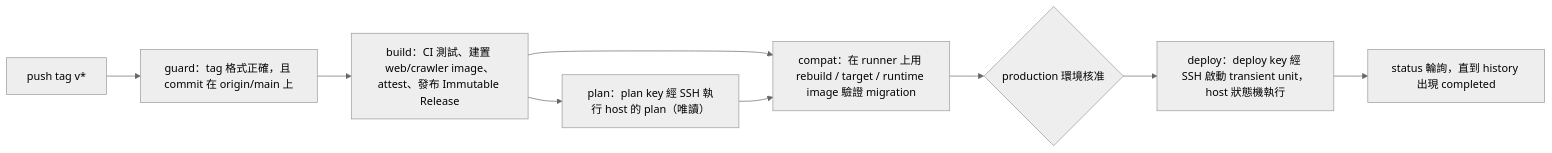
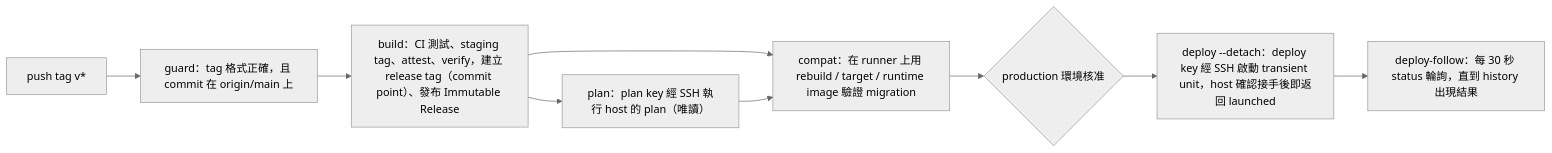
One commit to Arthur801/Book-Finder changed the diagram in deploy/README.md. Above: the diagram before and after it, drawn with Mermaid (neutral theme). The commit also changed other lines of this file and 2 other files, not shown here.

First line of the commit message:
docs(#92): document the build commit point and detached deploys

````diff
--- a/deploy/README.md
+++ b/deploy/README.md
@@ -14,11 +14,11 @@
 ```mermaid
 flowchart LR
   T["push tag v*"] --> G["guard：tag 格式正確，且 commit 在 origin/main 上"]
-  G --> B["build：CI 測試、建置 web/crawler image、attest、發布 Immutable Release"]
+  G --> B["build：CI 測試、staging tag、attest、verify，建立 release tag（commit point）、發布 Immutable Release"]
   B --> P["plan：plan key 經 SSH 執行 host 的 plan（唯讀）"]
   B --> C["compat：在 runner 上用 rebuild / target / runtime image 驗證 migration"]
   P --> C
   C --> D{"production 環境核准"}
-  D --> E["deploy：deploy key 經 SSH 啟動 transient unit，host 狀態機執行"]
-  E --> S["status 輪詢，直到 history 出現 completed"]
+  D --> E["deploy --detach：deploy key 經 SSH 啟動 transient unit，host 確認接手後即返回 launched"]
+  E --> S["deploy-follow：每 30 秒 status 輪詢，直到 history 出現結果"]
 ```
````
